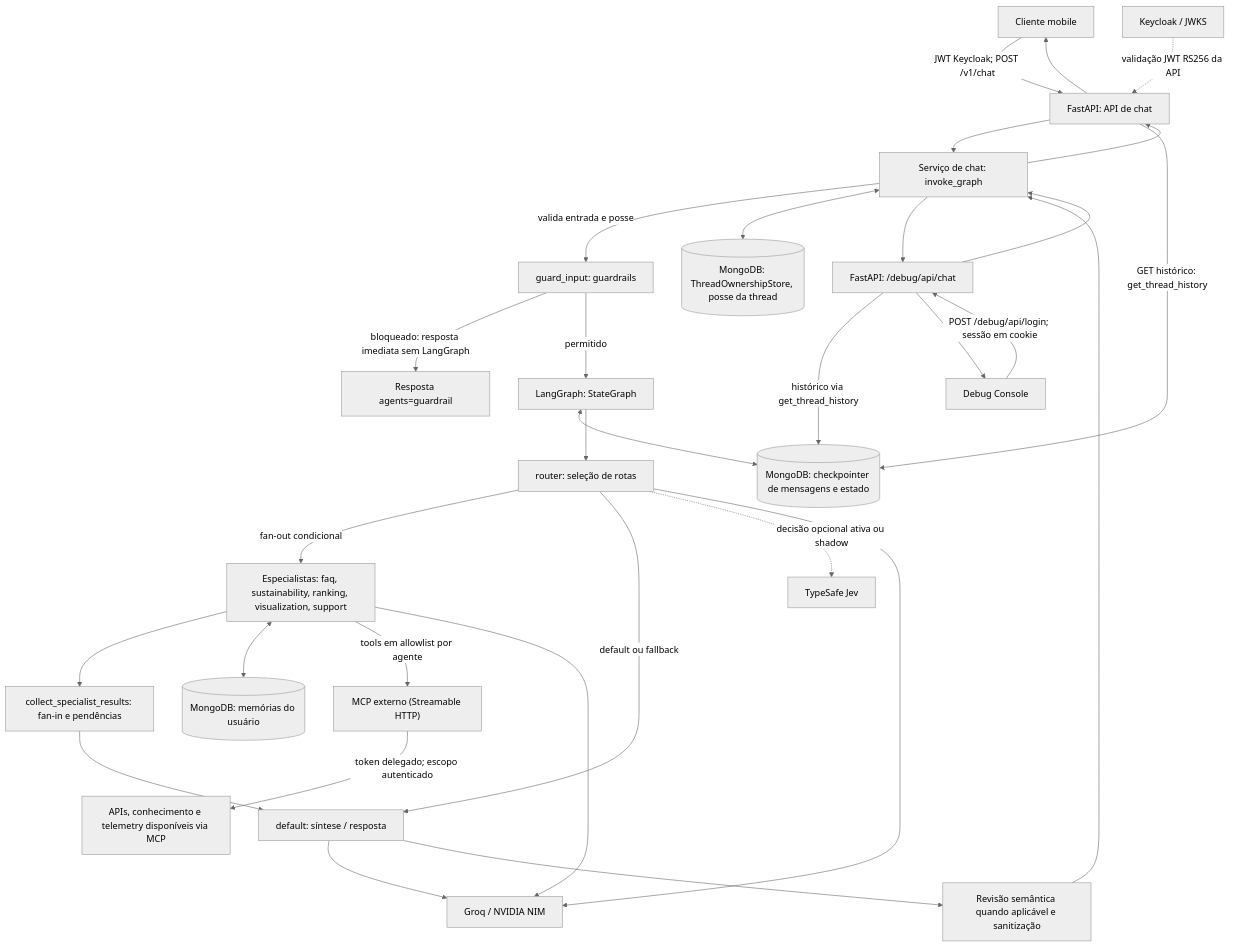
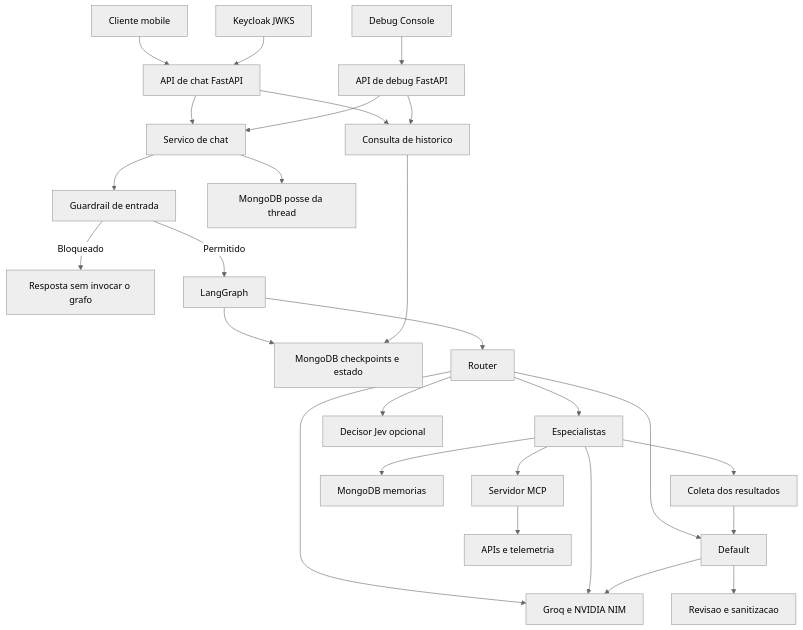
Before and after one commit to Ouros-App/ms-ai-server: the first of 2 diagrams in README.md, drawn with Mermaid (neutral theme). The commit also changed other lines of this file, not shown here.

Commit message:
docs: fix Mermaid diagrams in merged README

````diff
--- a/README.md
+++ b/README.md
@@ -51,33 +51,29 @@
 ```mermaid
 flowchart TD
-    Mobile["Cliente mobile"] -->|"JWT Keycloak; POST /v1/chat"| API["FastAPI: API de chat"]
-    Debug["Debug Console"] -->|"POST /debug/api/login; sessão em cookie"| DebugAPI["FastAPI: /debug/api/chat"]
-    Keycloak["Keycloak / JWKS"] -. "validação JWT RS256 da API" .-> API
-    API --> Chat["Serviço de chat: invoke_graph"]
+    Mobile[Cliente mobile] --> API[API de chat FastAPI]
+    Debug[Debug Console] --> DebugAPI[API de debug FastAPI]
+    Keycloak[Keycloak JWKS] --> API
+    API --> Chat[Servico de chat]
     DebugAPI --> Chat
-    Chat -->|"valida entrada e posse"| Guard["guard_input: guardrails"]
-    Guard -->|"bloqueado: resposta imediata sem LangGraph"| Block["Resposta agents=guardrail"]
-    Guard -->|"permitido"| LG["LangGraph: StateGraph"]
-    Chat <--> Ownership[("MongoDB: ThreadOwnershipStore, posse da thread")]
-    LG <--> CP[("MongoDB: checkpointer de mensagens e estado")]
-    API -->|"GET histórico: get_thread_history"| CP
-    DebugAPI -->|"histórico via get_thread_history"| CP
-    LG --> Router["router: seleção de rotas"]
-    Router -->|"fan-out condicional"| Specialists["Especialistas: faq, sustainability, ranking, visualization, support"]
-    Router -->|"default ou fallback"| Default["default: síntese / resposta"]
-    Specialists --> Collect["collect_specialist_results: fan-in e pendências"]
+    Chat --> Guard[Guardrail de entrada]
+    Guard -->|Bloqueado| Block[Resposta sem invocar o grafo]
+    Guard -->|Permitido| LG[LangGraph]
+    Chat --> Ownership[MongoDB posse da thread]
+    LG --> CP[MongoDB checkpoints e estado]
+    API --> History[Consulta de historico]
+    DebugAPI --> History
+    History --> CP
+    LG --> Router[Router]
+    Router --> Specialists[Especialistas]
+    Router --> Default[Default]
+    Specialists --> Collect[Coleta dos resultados]
     Collect --> Default
-    Specialists <--> Memory[("MongoDB: memórias do usuário")]
-    Specialists -->|"tools em allowlist por agente"| MCP["MCP externo (Streamable HTTP)"]
-    MCP -->|"token delegado; escopo autenticado"| Domain["APIs, conhecimento e telemetry disponíveis via MCP"]
-    Router -. "decisão opcional ativa ou shadow" .-> Jev["TypeSafe Jev"]
-    Router --> Providers["Groq / NVIDIA NIM"]
+    Specialists --> Memory[MongoDB memorias]
+    Specialists --> MCP[Servidor MCP]
+    MCP --> Domain[APIs e telemetria]
+    Router --> Jev[Decisor Jev opcional]
+    Router --> Providers[Groq e NVIDIA NIM]
     Specialists --> Providers
     Default --> Providers
-    Default --> Output["Revisão semântica quando aplicável e sanitização"]
-    Output --> Chat
-    Chat --> API
-    Chat --> DebugAPI
-    API --> Mobile
-    DebugAPI --> Debug
+    Default --> Output[Revisao e sanitizacao]
 ```
````
